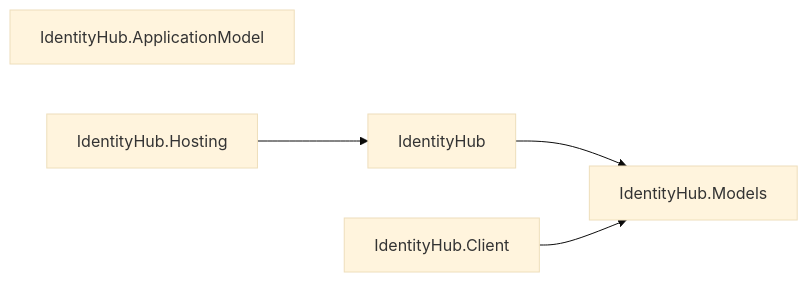
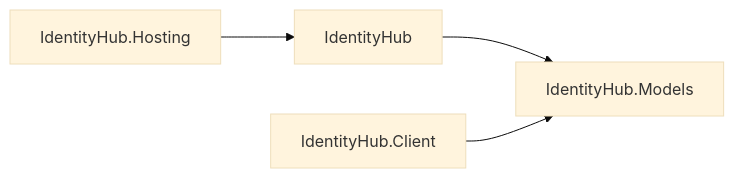
Diagram 16 of 27 in docs/DEPENDENCIES.md (assimalign/cohesion), drawn with Mermaid (base theme) before and after one commit. The commit also changed other lines of this file and 441 other files, not shown here.

````diff
--- a/docs/DEPENDENCIES.md
+++ b/docs/DEPENDENCIES.md
@@ -723,11 +711,10 @@
 ```mermaid
 flowchart LR
     N0["IdentityHub"]
-    N1["IdentityHub.ApplicationModel"]
-    N2["IdentityHub.Client"]
-    N3["IdentityHub.Hosting"]
-    N4["IdentityHub.Models"]
-    N0 --> N4
-    N2 --> N4
-    N3 --> N0
+    N1["IdentityHub.Client"]
+    N2["IdentityHub.Hosting"]
+    N3["IdentityHub.Models"]
+    N0 --> N3
+    N1 --> N3
+    N2 --> N0
 ```
````
